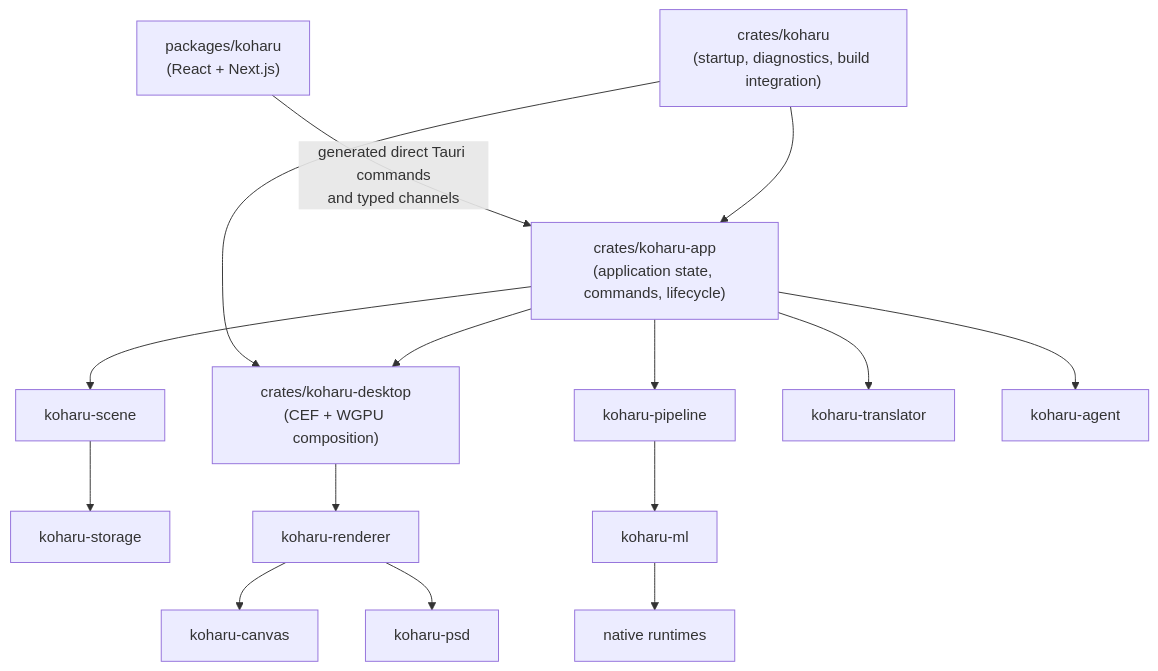
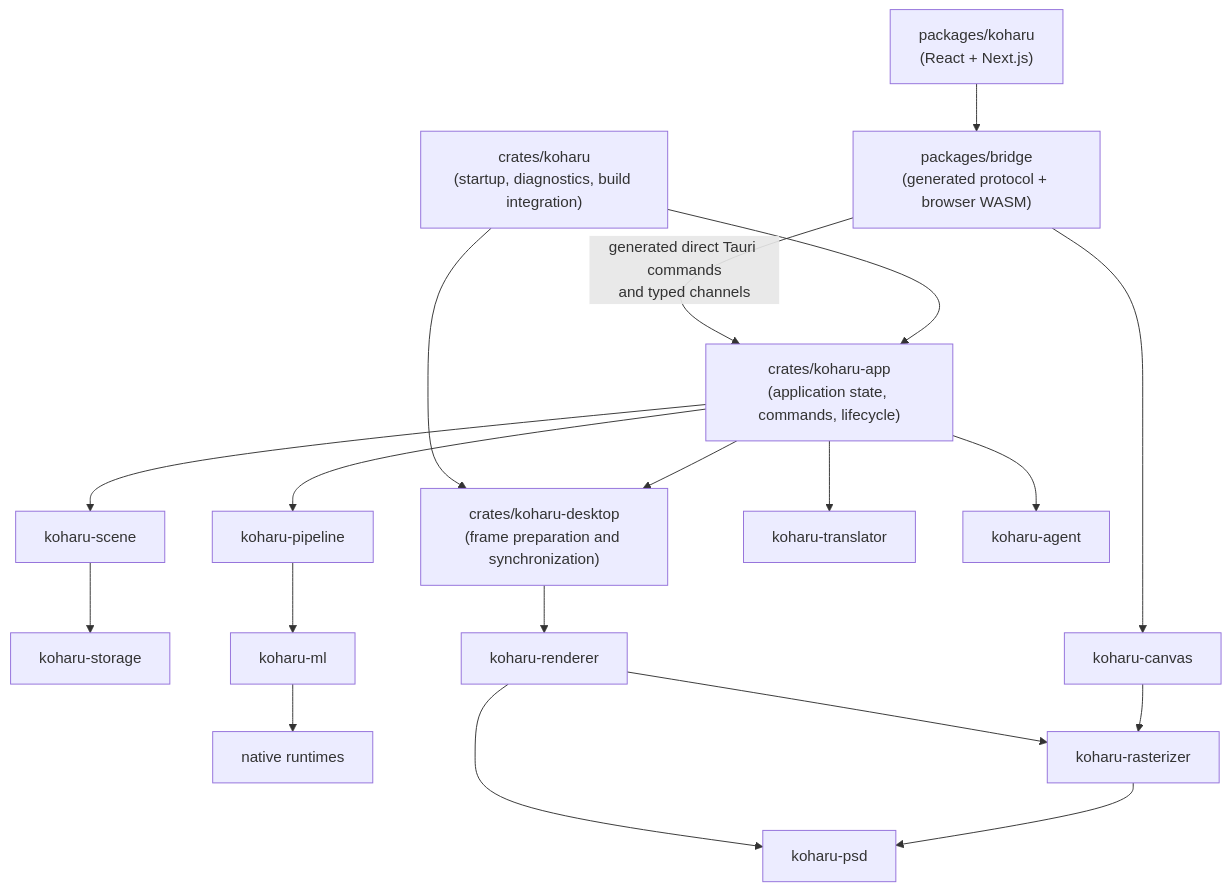
Before and after one commit to mayocream/koharu: the diagram in docs/development/architecture.md, drawn with Mermaid. The commit also changed other lines of this file and 136 other files, not shown here.

Commit message:
refactor: WebGPU/WASM-based canvas

````diff
--- a/docs/development/architecture.md
+++ b/docs/development/architecture.md
@@ -10,28 +10,33 @@
 ```mermaid
 flowchart TB
   frontend["packages/koharu<br/>(React + Next.js)"]
+  bridge["packages/bridge<br/>(generated protocol + browser WASM)"]
   entry["crates/koharu<br/>(startup, diagnostics, build integration)"]
   app["crates/koharu-app<br/>(application state, commands, lifecycle)"]
-  desktop["crates/koharu-desktop<br/>(CEF + WGPU composition)"]
+  desktop["crates/koharu-desktop<br/>(frame preparation and synchronization)"]
   scene["koharu-scene"]
   storage["koharu-storage"]
   pipeline["koharu-pipeline"]
   ml["koharu-ml"]
   native["native runtimes"]
   translator["koharu-translator"]
   renderer["koharu-renderer"]
   canvas["koharu-canvas"]
+  rasterizer["koharu-rasterizer"]
   psd["koharu-psd"]
   agent["koharu-agent"]
 
-  frontend -->|"generated direct Tauri commands<br/>and typed channels"| app
+  frontend --> bridge
+  bridge -->|"generated direct Tauri commands<br/>and typed channels"| app
   entry --> app
   entry --> desktop
   app --> desktop
   app --> scene --> storage
   app --> pipeline --> ml --> native
   app --> translator
-  desktop --> renderer --> canvas
+  desktop --> renderer --> rasterizer
+  bridge --> canvas --> rasterizer
   renderer --> psd
+  rasterizer --> psd
   app --> agent
 ```
````
